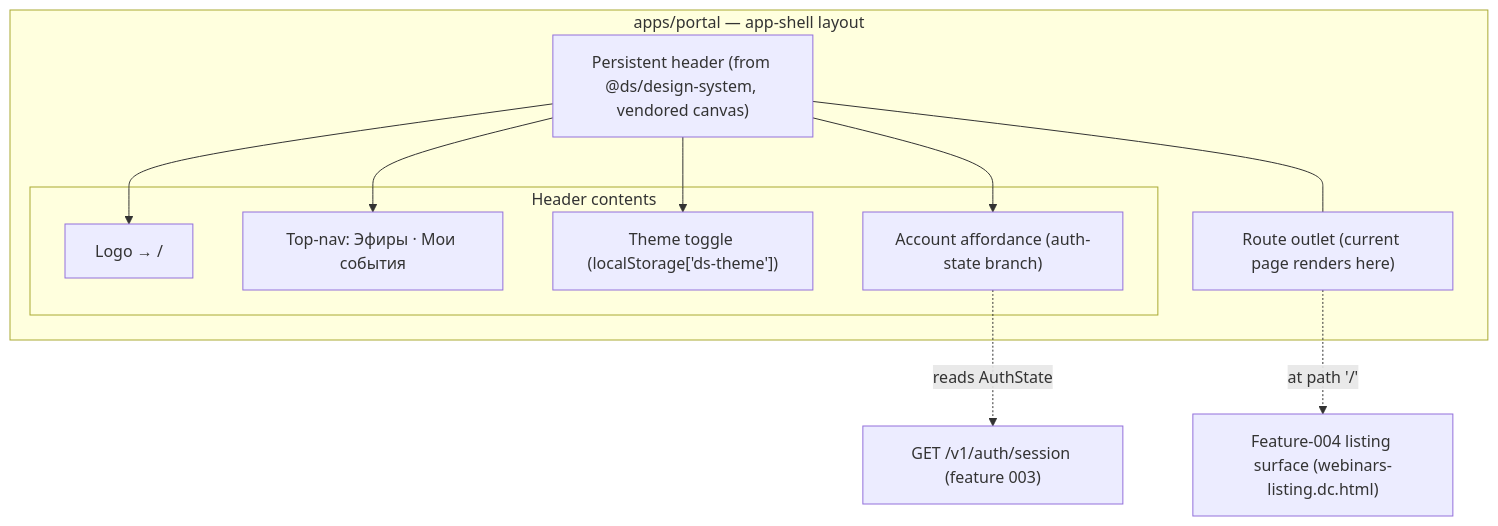
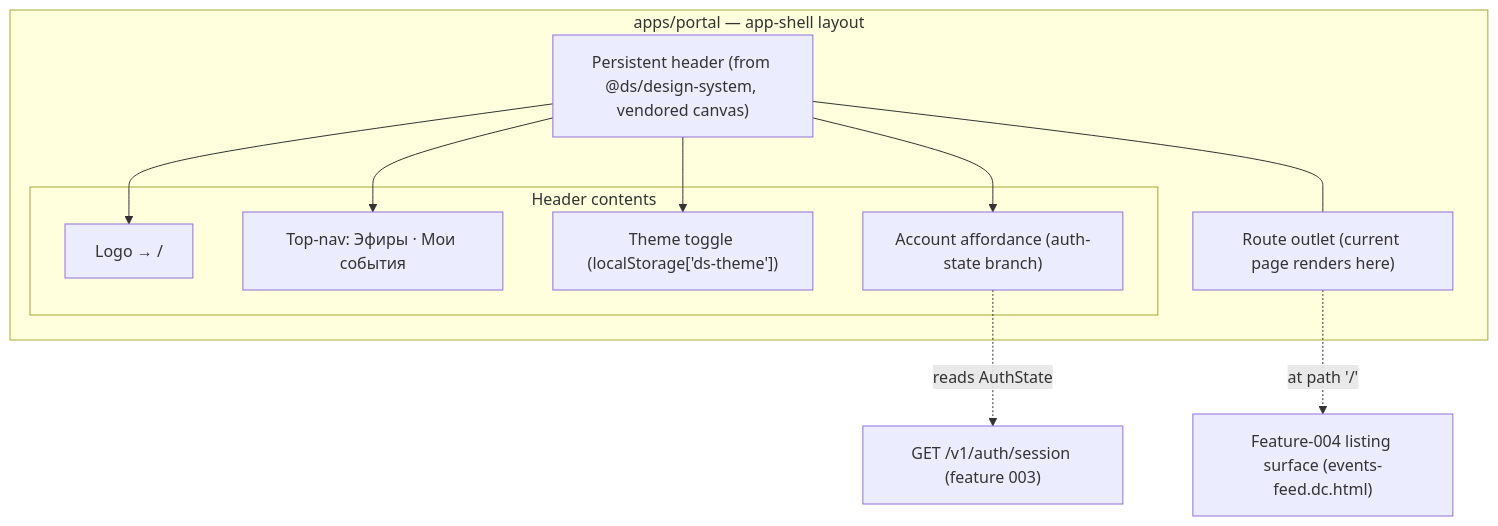
Before and after one commit to doctor-school/ds-platform: the first of 4 diagrams in apps/docs/content/specs/features/008-portal-shell/008-design.md, drawn with Mermaid. The commit also changed other lines of this file and 186 other files, not shown here.

````diff
--- a/apps/docs/content/specs/features/008-portal-shell/008-design.md
+++ b/apps/docs/content/specs/features/008-portal-shell/008-design.md
@@ -20,23 +20,23 @@
 ```mermaid
 flowchart TB
   subgraph portal[apps/portal — app-shell layout]
     HEADER["Persistent header (from @ds/design-system, vendored canvas)"]
     subgraph headerbits[Header contents]
       LOGO["Logo → /"]
       NAV["Top-nav: Эфиры · Мои события"]
       THEME["Theme toggle (localStorage['ds-theme'])"]
       ACCT["Account affordance (auth-state branch)"]
     end
     OUTLET["Route outlet (current page renders here)"]
   end
   SESS["GET /v1/auth/session (feature 003)"]
-  LISTING["Feature-004 listing surface (webinars-listing.dc.html)"]
+  LISTING["Feature-004 listing surface (events-feed.dc.html)"]
 
   HEADER --> LOGO
   HEADER --> NAV
   HEADER --> THEME
   HEADER --> ACCT
   ACCT -. "reads AuthState" .-> SESS
   OUTLET -. "at path '/'" .-> LISTING
   HEADER --- OUTLET
 ```
````
